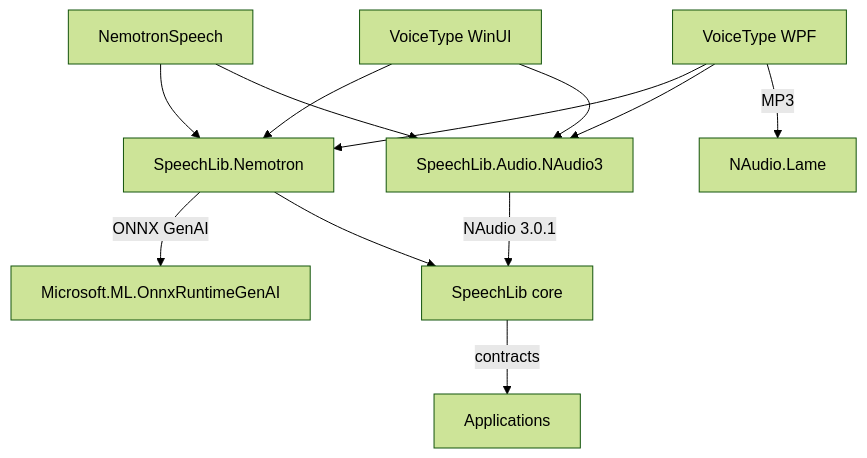
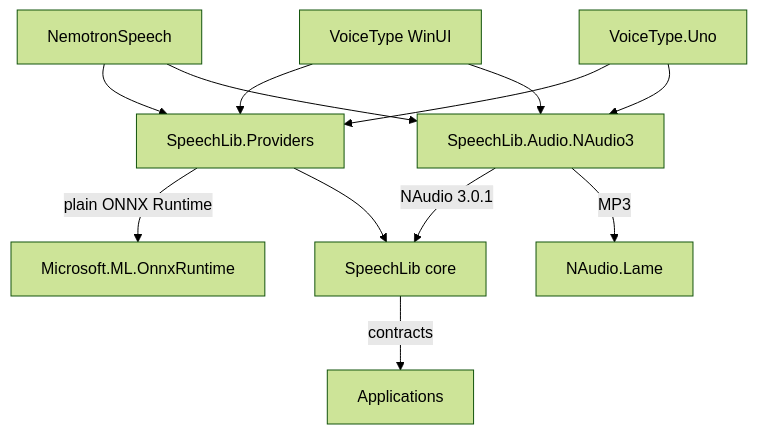
One commit to DimQ1/nemotron-speech-csharp changed the diagram in README.md. Above: the diagram before and after it, drawn with Mermaid (forest theme). The commit also changed other lines of this file and 26 other files, not shown here.

First line of the commit message:
docs: describe Nemotron on plain ONNX Runtime, its WebGPU policy and next steps

````diff
--- a/README.md
+++ b/README.md
@@ -76,14 +89,14 @@
 ```mermaid
 graph TD
   SL[SpeechLib core] --> |contracts| APP[Applications]
   NA3[SpeechLib.Audio.NAudio3] --> |NAudio 3.0.1| SL
-  NM[SpeechLib.Nemotron] --> |ONNX GenAI| ORT[Microsoft.ML.OnnxRuntimeGenAI]
-  NM --> SL
-  CLI[NemotronSpeech] --> NM
+  PR[SpeechLib.Providers] --> |plain ONNX Runtime| ORT[Microsoft.ML.OnnxRuntime]
+  PR --> SL
+  CLI[NemotronSpeech] --> PR
   CLI --> NA3
-  VT[VoiceType WPF] --> NM
-  VT --> NA3
-  VU[VoiceType WinUI] --> NM
+  VU[VoiceType WinUI] --> PR
   VU --> NA3
-    VT --> |MP3| LAME[NAudio.Lame]
+  UNO[VoiceType.Uno] --> PR
+  UNO --> NA3
+  NA3 --> |MP3| LAME[NAudio.Lame]
 ```
````
